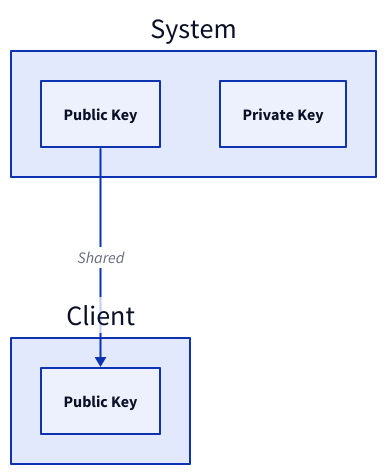
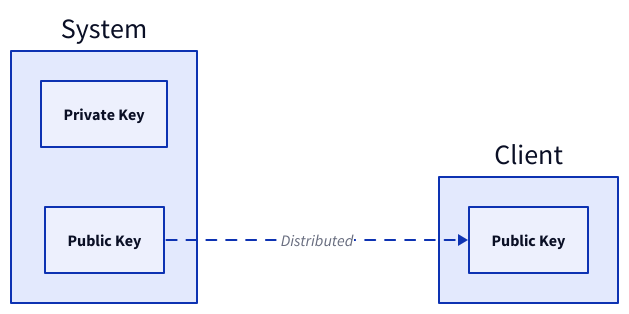
Before and after one commit to link1905/system-design-101: the seventh of 11 diagrams in content/docs/system-administration/system-protection/data-security.md, drawn with D2. The commit also changed other lines of this file and 4 other files, not shown here.

````diff
--- a/content/docs/system-administration/system-protection/data-security.md
+++ b/content/docs/system-administration/system-protection/data-security.md
@@ -472,19 +447,19 @@
 ```d2
+direction: right
 s: System {
+  pri: Private Key {
+    class: pri-key
+  }
   pub: Public Key {
-    class: key
-  }
-
-  pri: Private Key {
-    class: key
+    class: pub-key
   }
 }
-
 c: Client {
   pub: Public Key {
-    class: key
+    class: pub-key
   }
 }
-
-s.pub -> c.pub: Shared
+s.pub -> c.pub: Distributed {
+  style.animated: true
+}
 ```
````
